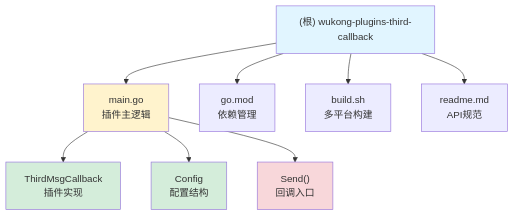
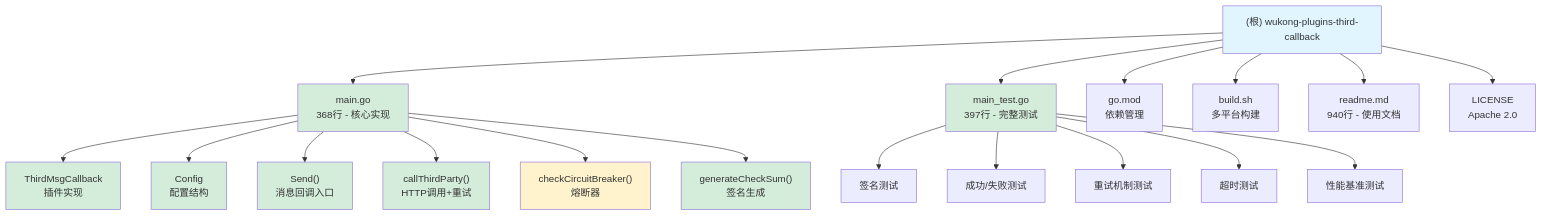
The diagram in CLAUDE.md (zuoliang0/wukong-plugins-third-callback), drawn with Mermaid before and after one commit. The commit also changed other lines of this file, not shown here.

````diff
--- a/CLAUDE.md
+++ b/CLAUDE.md
@@ -74,17 +85,32 @@
 ```mermaid
 graph TD
-    A["(根) wukong-plugins-third-callback"] --> B["main.go<br/>插件主逻辑"];
-    A --> C["go.mod<br/>依赖管理"];
-    A --> D["build.sh<br/>多平台构建"];
-    A --> E["readme.md<br/>API规范"];
+    A["(根) wukong-plugins-third-callback"] --> B["main.go<br/>368行 - 核心实现"];
+    A --> C["main_test.go<br/>397行 - 完整测试"];
+    A --> D["go.mod<br/>依赖管理"];
+    A --> E["build.sh<br/>多平台构建"];
+    A --> F["readme.md<br/>940行 - 使用文档"];
+    A --> G["LICENSE<br/>Apache 2.0"];
 
     B --> B1["ThirdMsgCallback<br/>插件实现"];
     B --> B2["Config<br/>配置结构"];
-    B --> B3["Send()<br/>回调入口"];
+    B --> B3["Send()<br/>消息回调入口"];
+    B --> B4["callThirdParty()<br/>HTTP调用+重试"];
+    B --> B5["checkCircuitBreaker()<br/>熔断器"];
+    B --> B6["generateCheckSum()<br/>签名生成"];
+
+    C --> C1["签名测试"];
+    C --> C2["成功/失败测试"];
+    C --> C3["重试机制测试"];
+    C --> C4["超时测试"];
+    C --> C5["性能基准测试"];
 
     style A fill:#e1f5ff
-    style B fill:#fff3cd
+    style B fill:#d4edda
+    style C fill:#d4edda
     style B1 fill:#d4edda
     style B2 fill:#d4edda
-    style B3 fill:#f8d7da
+    style B3 fill:#d4edda
+    style B4 fill:#d4edda
+    style B5 fill:#fff3cd
+    style B6 fill:#d4edda
 ```
````
